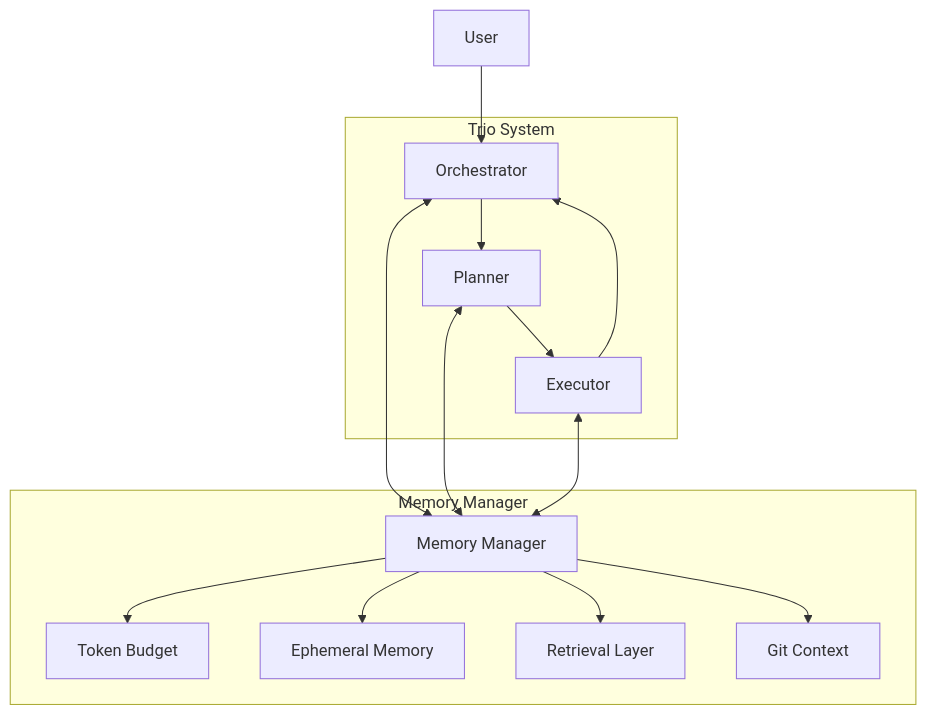
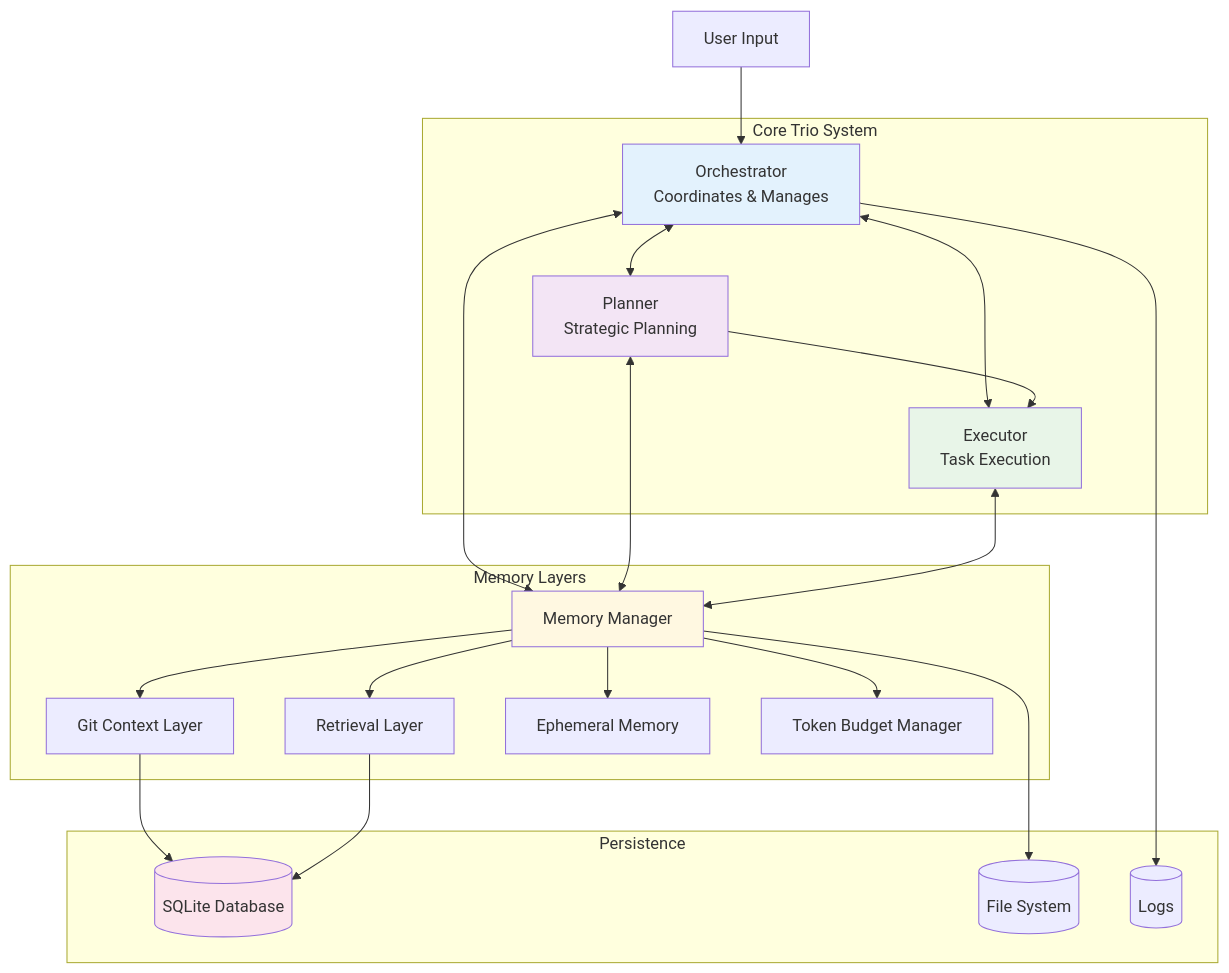
The second of 2 diagrams in README.md (uni-mike/Gemini-CLI-UNI), drawn with Mermaid before and after one commit. The commit also changed other lines of this file and 11 other files, not shown here.

````diff
--- a/README.md
+++ b/README.md
@@ -67,28 +82,47 @@
 ```mermaid
 flowchart TD
-    subgraph "Trio System"
-        O[Orchestrator]
-        P[Planner]
-        E[Executor]
+    subgraph "Core Trio System"
+        O[Orchestrator<br/>Coordinates & Manages]
+        P[Planner<br/>Strategic Planning]
+        E[Executor<br/>Task Execution]
     end
 
-    subgraph "Memory Manager"
+    subgraph "Memory Layers"
         MM[Memory Manager]
-        TB[Token Budget]
+        GL[Git Context Layer]
+        RL[Retrieval Layer]
         EM[Ephemeral Memory]
-        RL[Retrieval Layer]
-        GL[Git Context]
+        TB[Token Budget Manager]
     end
 
-    User --> O
-    O --> P
+    subgraph "Persistence"
+        DB[(SQLite Database)]
+        FS[(File System)]
+        LOGS[(Logs)]
+    end
+
+    U[User Input] --> O
+    O <--> P
+    O <--> E
     P --> E
-    E --> O
+
     O <--> MM
     P <--> MM
     E <--> MM
+
+    MM --> GL
+    MM --> RL
+    MM --> EM
     MM --> TB
-    MM --> EM
-    MM --> RL
-    MM --> GL
+
+    GL --> DB
+    RL --> DB
+    MM --> FS
+    O --> LOGS
+
+    style O fill:#e3f2fd
+    style P fill:#f3e5f5
+    style E fill:#e8f5e8
+    style MM fill:#fff8e1
+    style DB fill:#fce4ec
 ```
````
